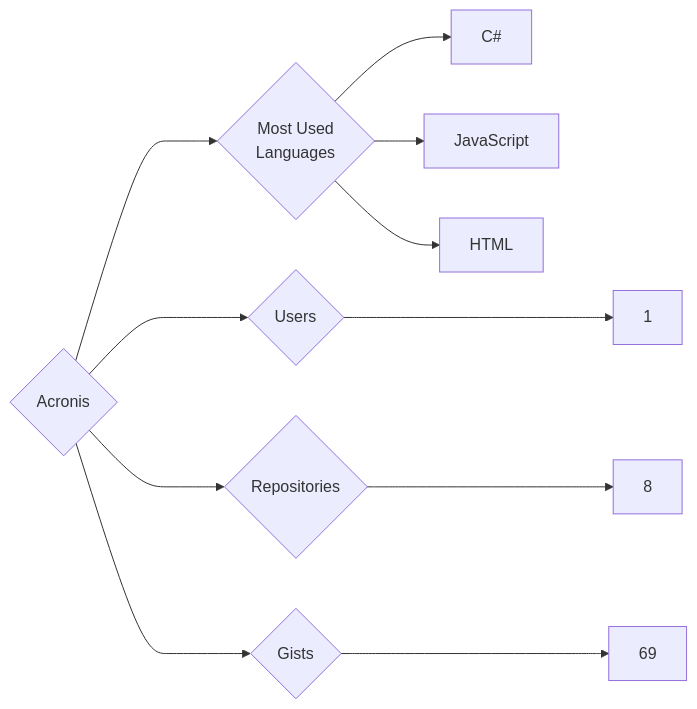
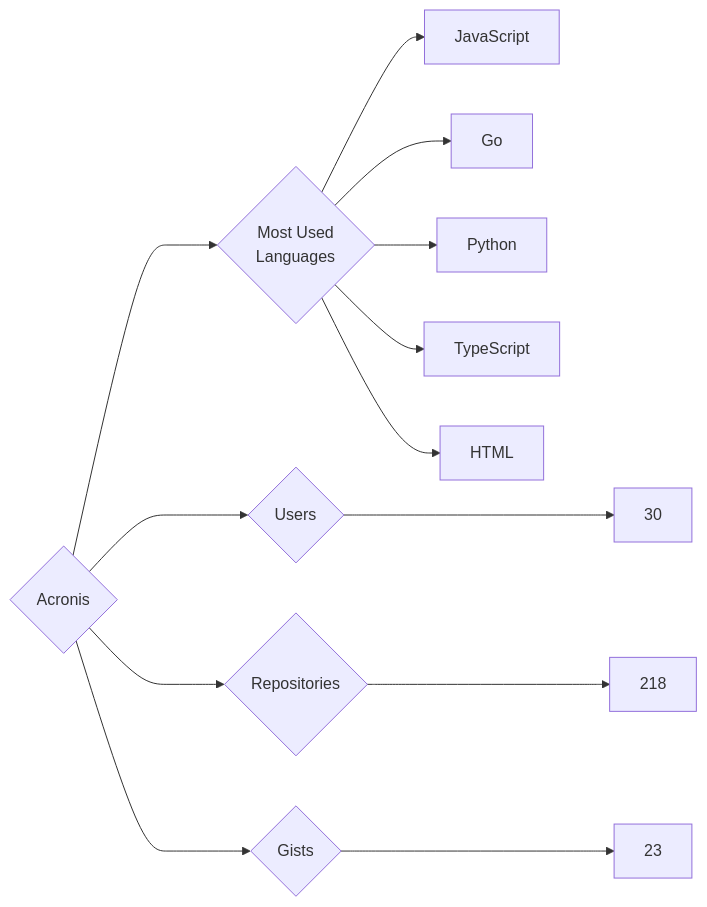
The diagram in targets/Acronis/README.md (trickest/insiders), drawn with Mermaid before and after one commit. The commit also changed 826 other files, not shown here.

````diff
--- a/targets/Acronis/README.md
+++ b/targets/Acronis/README.md
@@ -3,11 +3,13 @@
 ```mermaid
 graph LR
 COMPANY_NAME{Acronis}
-COMPANY_NAME ---> U{Users} ---> UN[1]
-COMPANY_NAME ---> R{Repositories} ---> RN[8]
-COMPANY_NAME ---> G{Gists} ---> GN[69]
+COMPANY_NAME ---> U{Users} ---> UN[30]
+COMPANY_NAME ---> R{Repositories} ---> RN[218]
+COMPANY_NAME ---> G{Gists} ---> GN[23]
 COMPANY_NAME ---> ML{Most Used<br>Languages}
-ML --> C#[C#]
 ML --> JavaScript[JavaScript]
+ML --> Go[Go]
+ML --> Python[Python]
+ML --> TypeScript[TypeScript]
 ML --> HTML[HTML]
 ```
````
